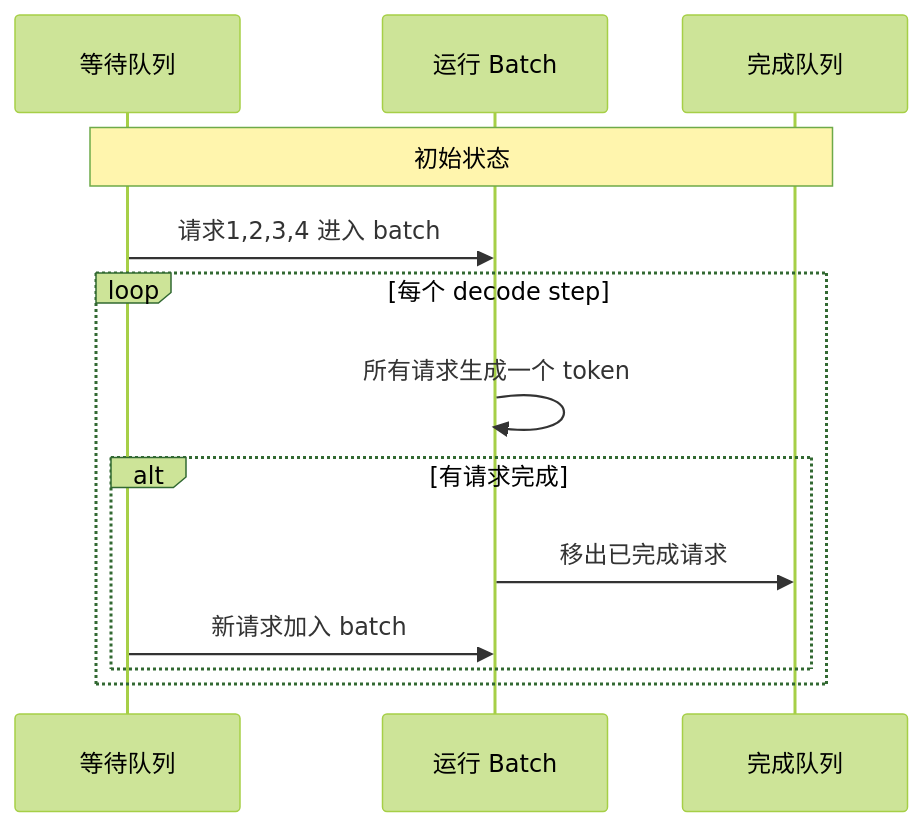
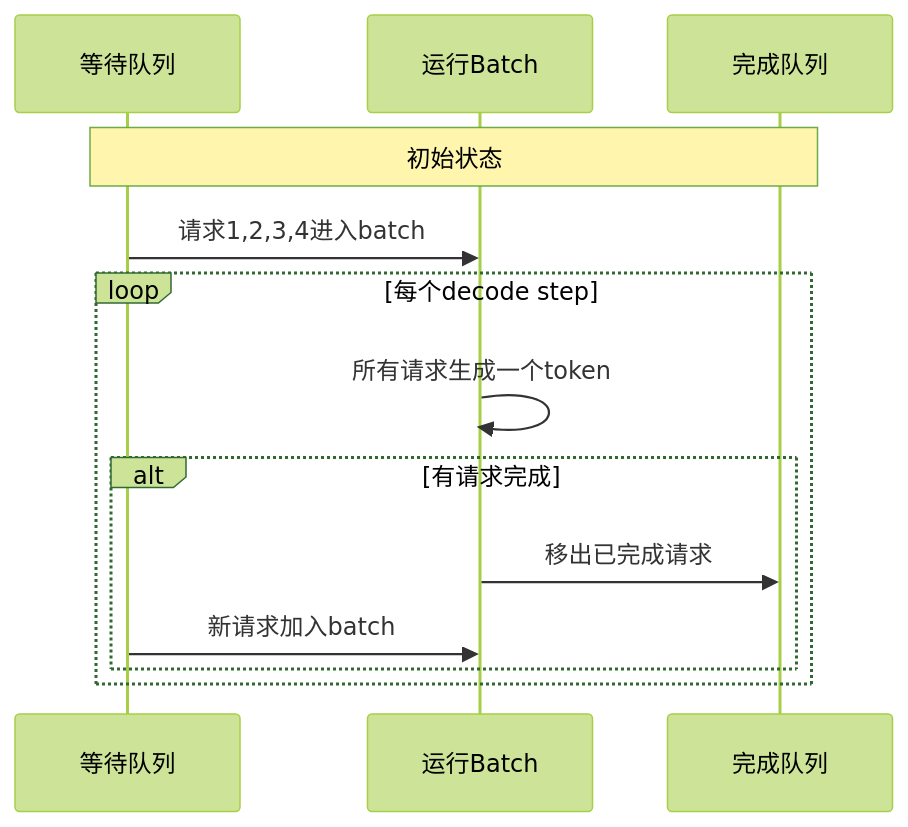
One commit to Xunzhuo/mini-sglang changed the second of 4 diagrams in learning/website/docs/basics/17-scheduling.md. Above: the diagram before and after it, drawn with Mermaid (forest theme). The commit also changed other lines of this file and 23 other files, not shown here.

````diff
--- a/learning/website/docs/basics/17-scheduling.md
+++ b/learning/website/docs/basics/17-scheduling.md
@@ -79,17 +83,17 @@
 ```mermaid
 sequenceDiagram
     participant Q as 等待队列
-    participant B as 运行 Batch
+    participant B as 运行Batch
     participant C as 完成队列
     
     Note over Q,C: 初始状态
-    Q->>B: 请求1,2,3,4 进入 batch
+    Q->>B: 请求1,2,3,4进入batch
     
-    loop 每个 decode step
-        B->>B: 所有请求生成一个 token
+    loop 每个decode step
+        B->>B: 所有请求生成一个token
         alt 有请求完成
             B->>C: 移出已完成请求
-            Q->>B: 新请求加入 batch
+            Q->>B: 新请求加入batch
         end
     end
 ```
````
